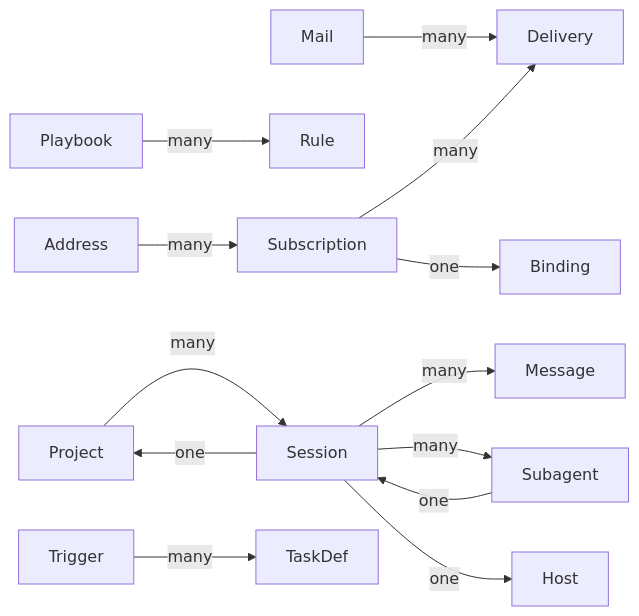
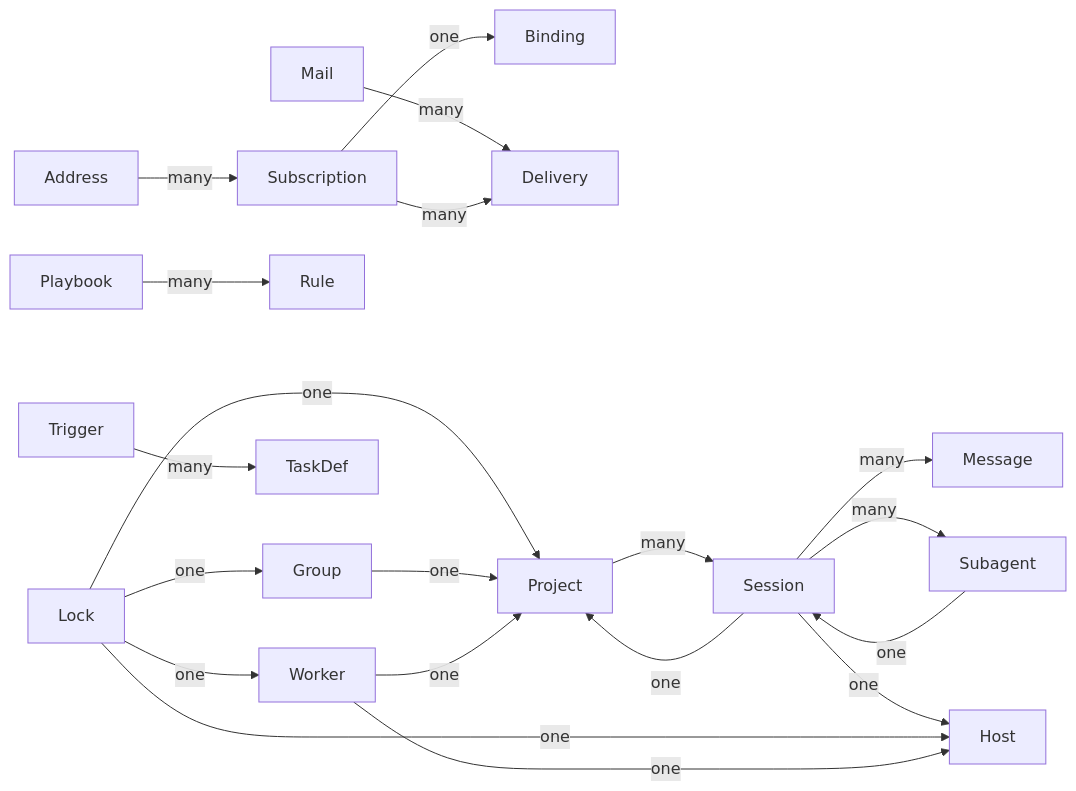
The diagram in docs/concepts/UBIQUITOUS_LANGUAGE.md (mistakenot/auto-stack), drawn with Mermaid before and after one commit. The commit also changed other lines of this file and 26 other files, not shown here.

````diff
--- a/docs/concepts/UBIQUITOUS_LANGUAGE.md
+++ b/docs/concepts/UBIQUITOUS_LANGUAGE.md
@@ -15,29 +15,39 @@
 ```mermaid
 flowchart LR
     Address["Address"]
     Binding["Binding"]
     Delivery["Delivery"]
+    Group["Group"]
     Host["Host"]
+    Lock["Lock"]
     Mail["Mail"]
     Message["Message"]
     Playbook["Playbook"]
     Project["Project"]
     Rule["Rule"]
     Session["Session"]
     Subagent["Subagent"]
     Subscription["Subscription"]
     TaskDef["TaskDef"]
     Trigger["Trigger"]
+    Worker["Worker"]
     Session -->|many| Message
     Session -->|many| Subagent
     Session -->|one| Host
     Session -->|one| Project
     Subagent -->|one| Session
     Project -->|many| Session
     Playbook -->|many| Rule
     Trigger -->|many| TaskDef
     Mail -->|many| Delivery
     Address -->|many| Subscription
     Subscription -->|many| Delivery
     Subscription -->|one| Binding
+    Lock -->|one| Group
+    Lock -->|one| Worker
+    Lock -->|one| Project
+    Lock -->|one| Host
+    Group -->|one| Project
+    Worker -->|one| Host
+    Worker -->|one| Project
 ```
````
